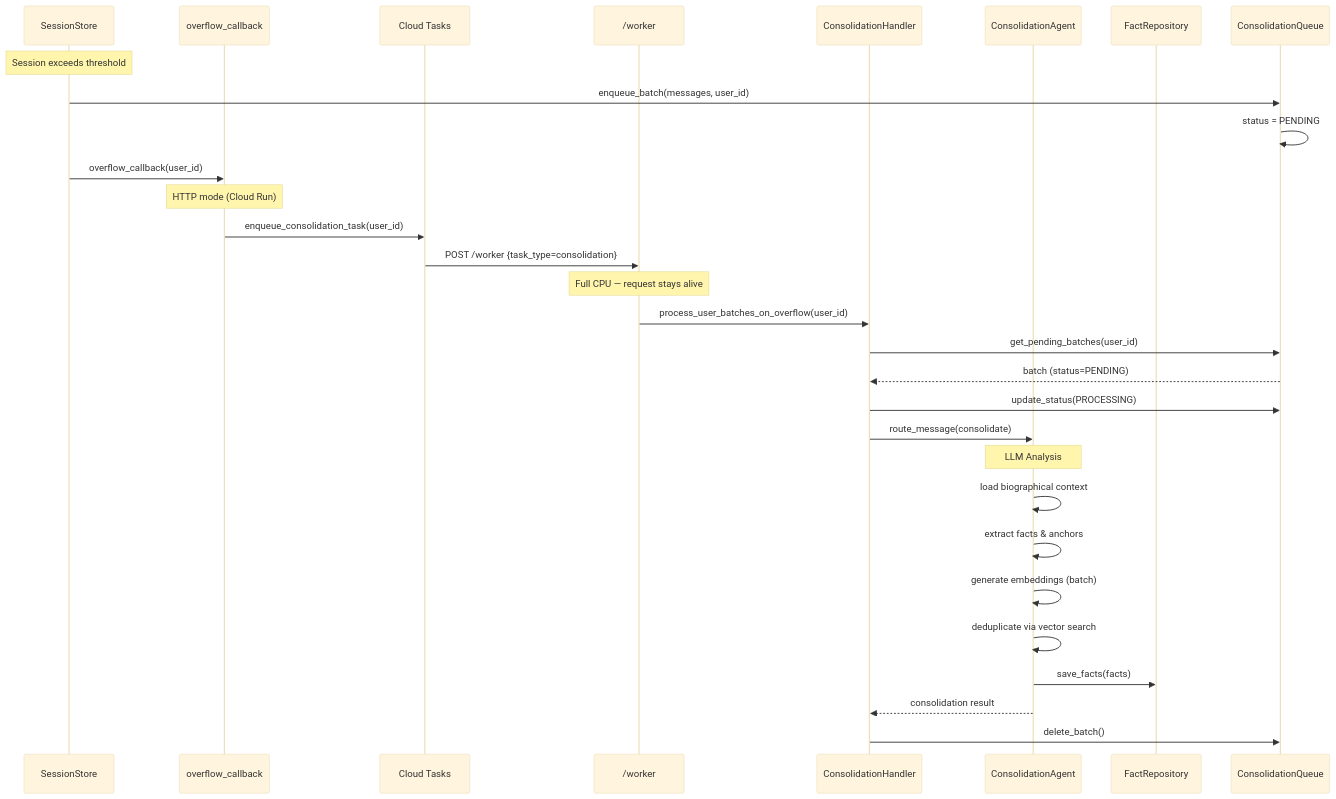
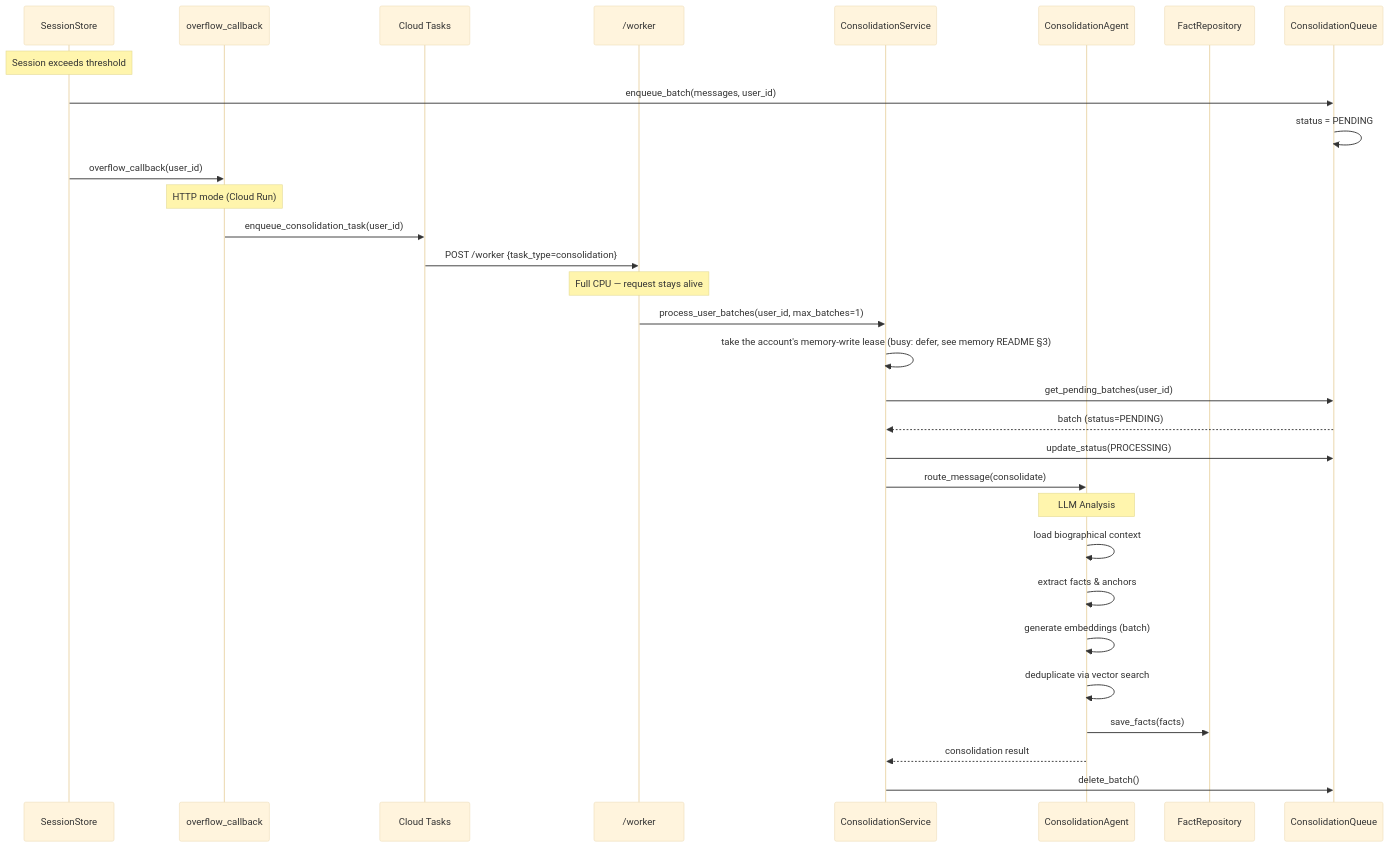
The second of 2 diagrams in docs/06_runtime/README.md (ddmd72/alekbot-core), drawn with Mermaid (base theme) before and after one commit. The commit also changed other lines of this file and 9 other files, not shown here.

First line of the commit message:
Facts S2 T8: drop the deleted consolidation handler from docs, versions in CLAUDE.md, schema and the test-guide example

````diff
--- a/docs/06_runtime/README.md
+++ b/docs/06_runtime/README.md
@@ -336,39 +336,40 @@
 ```mermaid
 sequenceDiagram
     participant SH as SessionStore
     participant OC as overflow_callback
     participant CT as Cloud Tasks
     participant W as /worker
-    participant CH as ConsolidationHandler
+    participant CH as ConsolidationService
     participant CA as ConsolidationAgent
     participant FR as FactRepository
     participant CQ as ConsolidationQueue
 
     Note over SH: Session exceeds threshold
     SH->>CQ: enqueue_batch(messages, user_id)
     CQ->>CQ: status = PENDING
     SH->>OC: overflow_callback(user_id)
 
     Note over OC: HTTP mode (Cloud Run)
     OC->>CT: enqueue_consolidation_task(user_id)
     CT->>W: POST /worker {task_type=consolidation}
 
     Note over W: Full CPU — request stays alive
-    W->>CH: process_user_batches_on_overflow(user_id)
+    W->>CH: process_user_batches(user_id, max_batches=1)
+    CH->>CH: take the account's memory-write lease (busy: defer, see memory README §3)
     CH->>CQ: get_pending_batches(user_id)
     CQ-->>CH: batch (status=PENDING)
 
     CH->>CQ: update_status(PROCESSING)
     CH->>CA: route_message(consolidate)
 
     Note over CA: LLM Analysis
     CA->>CA: load biographical context
     CA->>CA: extract facts & anchors
     CA->>CA: generate embeddings (batch)
     CA->>CA: deduplicate via vector search
 
     CA->>FR: save_facts(facts)
     CA-->>CH: consolidation result
 
     CH->>CQ: delete_batch()
 ```
````
